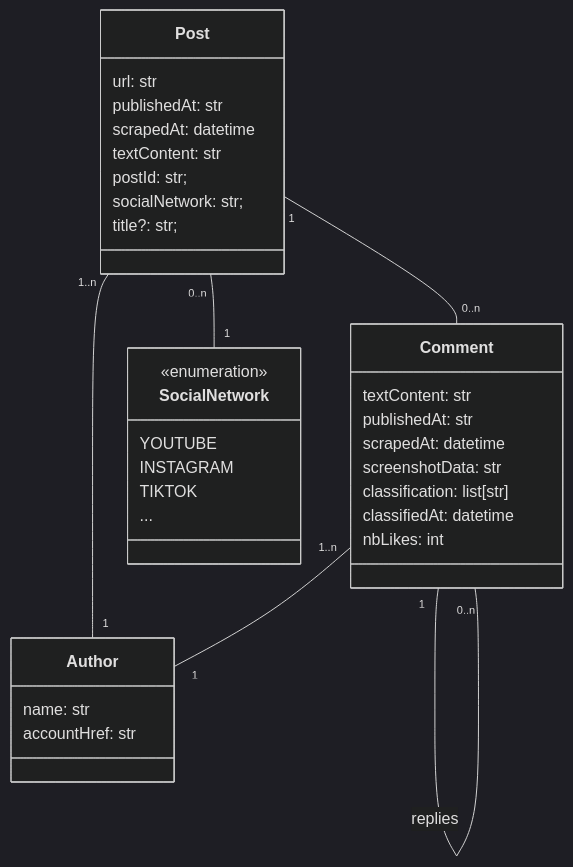
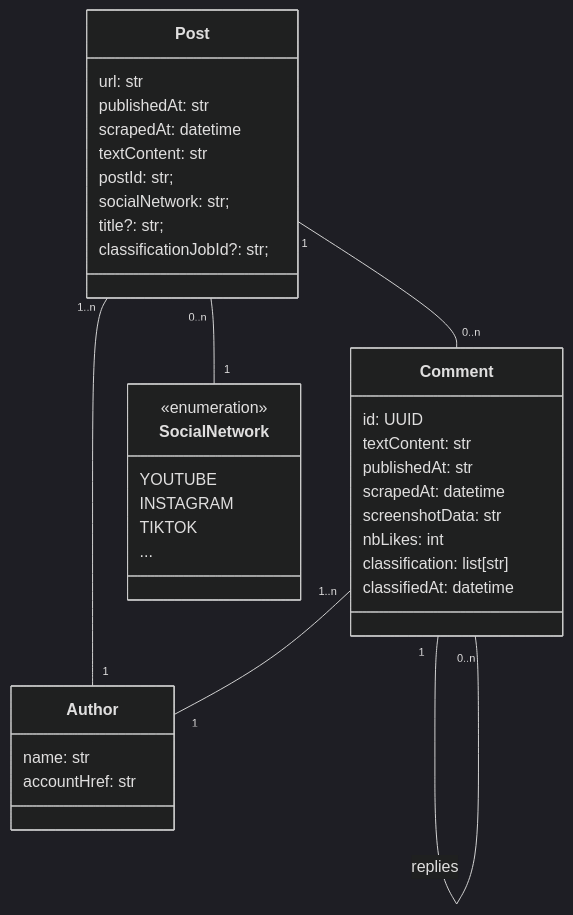
The diagram in docs/frontend/model.md (dataforgoodfr/14_BalanceTesHaters), drawn with Mermaid (dark theme) before and after one commit. The commit also changed 25 other files, not shown here.

````diff
--- a/docs/frontend/model.md
+++ b/docs/frontend/model.md
@@ -4,44 +4,48 @@
 ```mermaid
 classDiagram
     class Post {
         url: str
         
         publishedAt: str
 
         scrapedAt: datetime
         textContent: str
 
         postId: str;
         socialNetwork: str;
         title?: str;
+
+        classificationJobId?: str;
     }
     
     class Author {
         name: str
         accountHref: str
     }
 
     class Comment {
+        id: UUID
         textContent: str
         publishedAt: str
         scrapedAt: datetime
         screenshotData: str
+        nbLikes: int
+
         classification: list[str]
         classifiedAt: datetime
-        nbLikes: int
     }
 
     class SocialNetwork {
         <<enumeration>>
         YOUTUBE
         INSTAGRAM
         TIKTOK
         ...
     }
 
     Post "1..n" -- "1" Author
     Post "0..n" -- "1" SocialNetwork
     Post "1" -- "0..n" Comment
     Comment "1..n" -- "1" Author
     Comment "1" -- "0..n" Comment : replies
 ```
````
